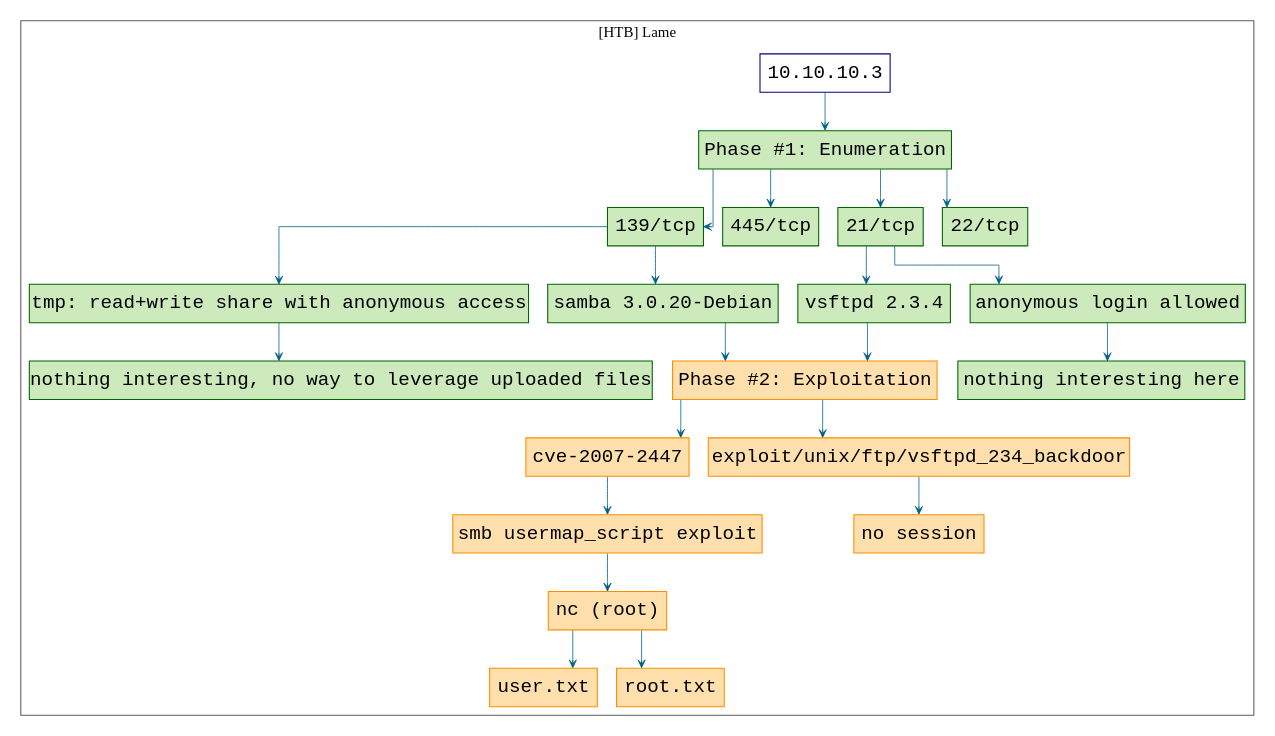
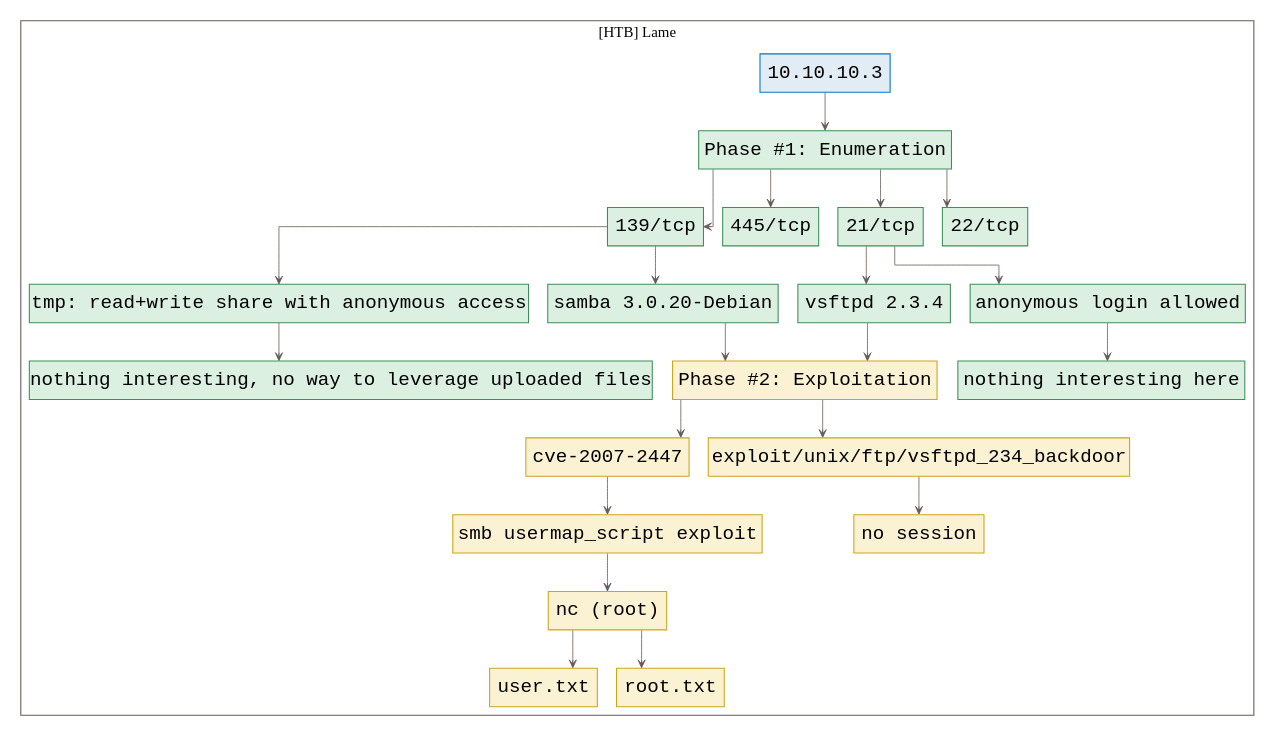
Before and after one commit to 7h3rAm/writeups: the diagram in htb.lame/killchain.dot, drawn with Graphviz. The commit also changed 110 other files, not shown here.

```diff
--- a/htb.lame/killchain.dot
+++ b/htb.lame/killchain.dot
@@ -1,53 +1,53 @@
 digraph G {
   #rankdir=LR;
   nodesdictep=1.0; splines="ortho"; K=0.6; overlap=scale; fixedsize=true; resolution=72; bgcolor="#ffffff"; outputorder="edgesfirst";
   node [fontname="courier" fontsize=18 shape=box width=0.25 fillcolor="white" style="filled,solid"];
-  edge [style=solid color="#005f87" penwidth=0.75 arrowhead=vee arrowsize=0.75 ];
+  edge [style=solid color="#665957" penwidth=0.75 arrowhead=vee arrowsize=0.75 ];
 
-  0[label="10.10.10.3" color="navyblue" fillcolor="#ffffff" tooltip="[HTB] Lame"];
-  10[label="139/tcp" color="darkgreen" fillcolor="#cceabb" tooltip="Phase #1:Enumeration"];
-  11[label="tmp: read+write share with anonymous access" color="darkgreen" fillcolor="#cceabb" tooltip="Phase #1:Enumeration"];
-  12[label="nothing interesting, no way to leverage uploaded files" color="darkgreen" fillcolor="#cceabb" tooltip="Phase #1:Enumeration"];
-  13[label="samba 3.0.20-Debian" color="darkgreen" fillcolor="#cceabb" tooltip="Phase #1:Enumeration"];
-  14[label="cve-2007-2447" color="darkorange" fillcolor="#ffe0ac" tooltip="Phase #2:Exploitation"];
-  15[label="smb usermap_script exploit" color="darkorange" fillcolor="#ffe0ac" tooltip="Phase #2:Exploitation"];
-  16[label="nc (root)" color="darkorange" fillcolor="#ffe0ac" tooltip="Phase #2:Exploitation"];
-  17[label="user.txt" color="darkorange" fillcolor="#ffe0ac" tooltip="Phase #2:Exploitation"];
-  18[label="root.txt" color="darkorange" fillcolor="#ffe0ac" tooltip="Phase #2:Exploitation"];
-  19[label="445/tcp" color="darkgreen" fillcolor="#cceabb" tooltip="Phase #1:Enumeration"];
-  1[label="Phase #1: Enumeration" color="darkgreen" fillcolor="#cceabb" tooltip="Phase #1:Enumeration"];
-  2[label="21/tcp" color="darkgreen" fillcolor="#cceabb" tooltip="Phase #1:Enumeration"];
-  3[label="anonymous login allowed" color="darkgreen" fillcolor="#cceabb" tooltip="Phase #1:Enumeration"];
-  4[label="nothing interesting here" color="darkgreen" fillcolor="#cceabb" tooltip="Phase #1:Enumeration"];
-  5[label="vsftpd 2.3.4" color="darkgreen" fillcolor="#cceabb" tooltip="Phase #1:Enumeration"];
-  6[label="Phase #2: Exploitation" color="darkorange" fillcolor="#ffe0ac" tooltip="Phase #2:Exploitation"];
-  7[label="exploit/unix/ftp/vsftpd_234_backdoor" color="darkorange" fillcolor="#ffe0ac" tooltip="Phase #2:Exploitation"];
-  8[label="no session" color="darkorange" fillcolor="#ffe0ac" tooltip="Phase #2:Exploitation"];
-  9[label="22/tcp" color="darkgreen" fillcolor="#cceabb" tooltip="Phase #1:Enumeration"];
+  0[label="10.10.10.3" color="#0077cc" fillcolor="#e1ecf4" tooltip="[HTB] Lame"];
+  10[label="139/tcp" color="#3d8f58" fillcolor="#dcf0e2" tooltip="Phase #1:Enumeration"];
+  11[label="tmp: read+write share with anonymous access" color="#3d8f58" fillcolor="#dcf0e2" tooltip="Phase #1:Enumeration"];
+  12[label="nothing interesting, no way to leverage uploaded files" color="#3d8f58" fillcolor="#dcf0e2" tooltip="Phase #1:Enumeration"];
+  13[label="samba 3.0.20-Debian" color="#3d8f58" fillcolor="#dcf0e2" tooltip="Phase #1:Enumeration"];
+  14[label="cve-2007-2447" color="#cea51b" fillcolor="#fbf2d4" tooltip="Phase #2:Exploitation"];
+  15[label="smb usermap_script exploit" color="#cea51b" fillcolor="#fbf2d4" tooltip="Phase #2:Exploitation"];
+  16[label="nc (root)" color="#cea51b" fillcolor="#fbf2d4" tooltip="Phase #2:Exploitation"];
+  17[label="user.txt" color="#cea51b" fillcolor="#fbf2d4" tooltip="Phase #2:Exploitation"];
+  18[label="root.txt" color="#cea51b" fillcolor="#fbf2d4" tooltip="Phase #2:Exploitation"];
+  19[label="445/tcp" color="#3d8f58" fillcolor="#dcf0e2" tooltip="Phase #1:Enumeration"];
+  1[label="Phase #1: Enumeration" color="#3d8f58" fillcolor="#dcf0e2" tooltip="Phase #1:Enumeration"];
+  2[label="21/tcp" color="#3d8f58" fillcolor="#dcf0e2" tooltip="Phase #1:Enumeration"];
+  3[label="anonymous login allowed" color="#3d8f58" fillcolor="#dcf0e2" tooltip="Phase #1:Enumeration"];
+  4[label="nothing interesting here" color="#3d8f58" fillcolor="#dcf0e2" tooltip="Phase #1:Enumeration"];
+  5[label="vsftpd 2.3.4" color="#3d8f58" fillcolor="#dcf0e2" tooltip="Phase #1:Enumeration"];
+  6[label="Phase #2: Exploitation" color="#cea51b" fillcolor="#fbf2d4" tooltip="Phase #2:Exploitation"];
+  7[label="exploit/unix/ftp/vsftpd_234_backdoor" color="#cea51b" fillcolor="#fbf2d4" tooltip="Phase #2:Exploitation"];
+  8[label="no session" color="#cea51b" fillcolor="#fbf2d4" tooltip="Phase #2:Exploitation"];
+  9[label="22/tcp" color="#3d8f58" fillcolor="#dcf0e2" tooltip="Phase #1:Enumeration"];
 
   subgraph cluster_0 {
     node [style="filled,solid"];
     label = "[HTB] Lame";
     color = "#665957";
-    0 -> 1 [color="#005f87"];
-    1 -> 10 [color="#005f87"];
-    1 -> 19 [color="#005f87"];
-    1 -> 2 [color="#005f87"];
-    1 -> 9 [color="#005f87"];
-    10 -> 11 [color="#005f87"];
-    10 -> 13 [color="#005f87"];
-    11 -> 12 [color="#005f87"];
-    13 -> 6 [color="#005f87"];
-    14 -> 15 [color="#005f87"];
-    15 -> 16 [color="#005f87"];
-    16 -> 17 [color="#005f87"];
-    16 -> 18 [color="#005f87"];
-    2 -> 3 [color="#005f87"];
-    2 -> 5 [color="#005f87"];
-    3 -> 4 [color="#005f87"];
-    5 -> 6 [color="#005f87"];
-    6 -> 14 [color="#005f87"];
-    6 -> 7 [color="#005f87"];
-    7 -> 8 [color="#005f87"];
+    0 -> 1 [color="#665957"];
+    1 -> 10 [color="#665957"];
+    1 -> 19 [color="#665957"];
+    1 -> 2 [color="#665957"];
+    1 -> 9 [color="#665957"];
+    10 -> 11 [color="#665957"];
+    10 -> 13 [color="#665957"];
+    11 -> 12 [color="#665957"];
+    13 -> 6 [color="#665957"];
+    14 -> 15 [color="#665957"];
+    15 -> 16 [color="#665957"];
+    16 -> 17 [color="#665957"];
+    16 -> 18 [color="#665957"];
+    2 -> 3 [color="#665957"];
+    2 -> 5 [color="#665957"];
+    3 -> 4 [color="#665957"];
+    5 -> 6 [color="#665957"];
+    6 -> 14 [color="#665957"];
+    6 -> 7 [color="#665957"];
+    7 -> 8 [color="#665957"];
   }
 }
```
